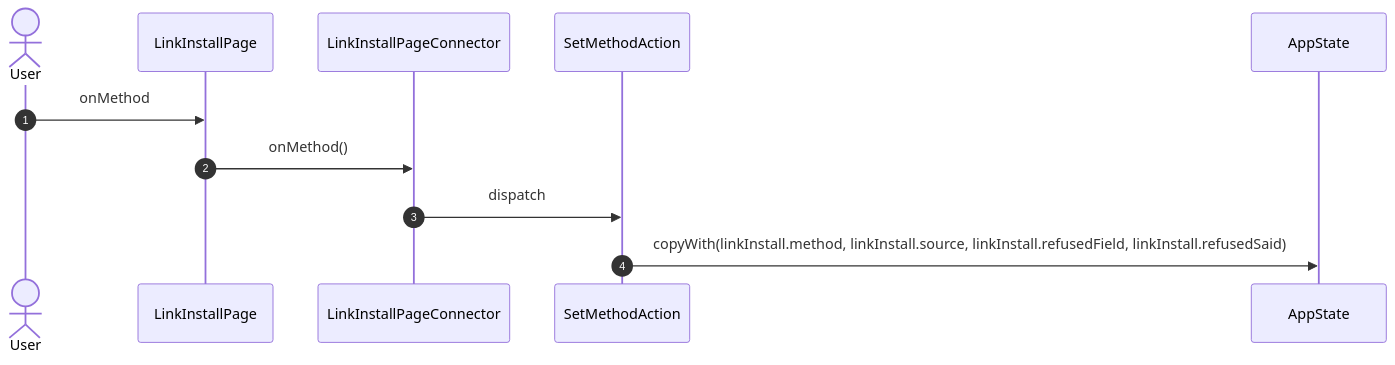
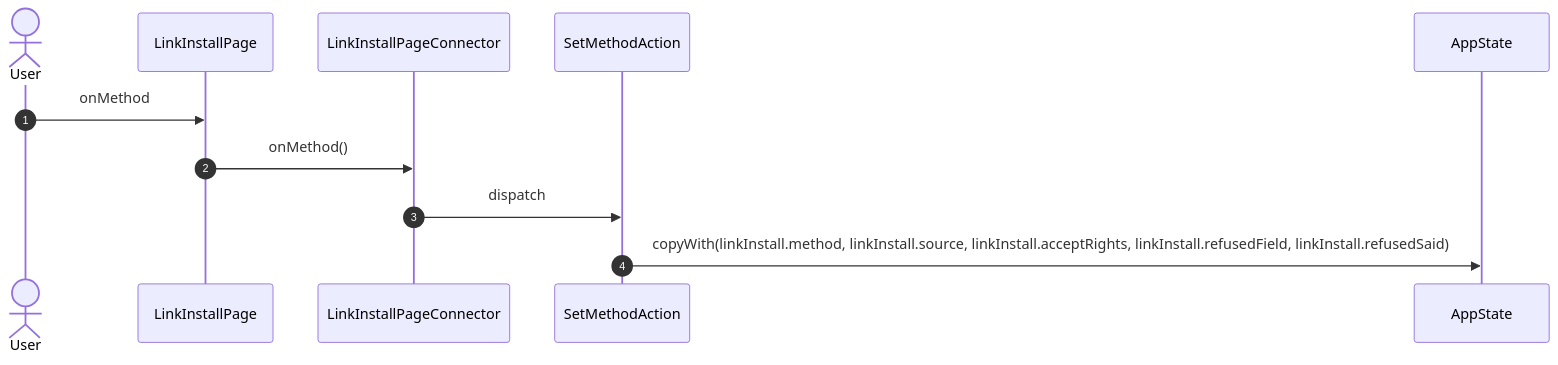
The sixth of 17 diagrams in studio/docs/flows/linkInstall.md (gencto/wyrm), drawn with Mermaid before and after one commit. The commit also changed other lines of this file and 1 other file, not shown here.

First line of the commit message:
studio: link install: the flow docs follow the new actions

````diff
--- a/studio/docs/flows/linkInstall.md
+++ b/studio/docs/flows/linkInstall.md
@@ -92,14 +90,14 @@
 ```mermaid
 sequenceDiagram
     autonumber
     actor User
     participant UI as LinkInstallPage
     participant VM as LinkInstallPageConnector
     participant A1 as SetMethodAction
     participant ST as AppState
 
     User->>UI: onMethod
     UI->>VM: onMethod()
     VM->>A1: dispatch
-    A1->>ST: copyWith(linkInstall.method, linkInstall.source, linkInstall.refusedField, linkInstall.refusedSaid)
+    A1->>ST: copyWith(linkInstall.method, linkInstall.source, linkInstall.acceptRights, linkInstall.refusedField, linkInstall.refusedSaid)
 ```
````
